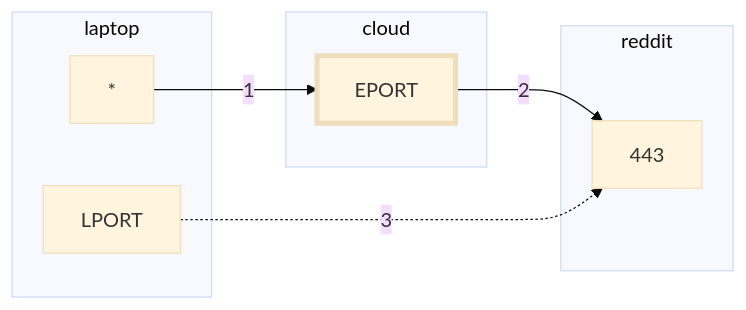
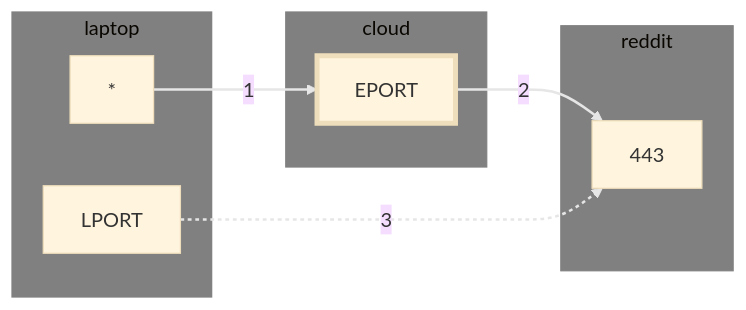
Before and after one commit to zbo14/zbo14.github.io: the diagram in _posts/2019-10-11-SOCKS-proxying.md, drawn with Mermaid (base theme). The commit also changed other lines of this file and 2 other files, not shown here.

Commit message:
update resume, make diagrams look better

```diff
--- a/_posts/2019-10-11-SOCKS-proxying.md
+++ b/_posts/2019-10-11-SOCKS-proxying.md
@@ -66,15 +66,20 @@
 <div class="mermaid">
   graph LR
 		subgraph reddit
 		443
 		end
 		subgraph cloud
 		EPORT
 		style EPORT stroke-width:4px
 		EPORT-->|2|443
 		end
     subgraph laptop
     * -->|1|EPORT
     LPORT-. 3 .-> 443
+    style reddit fill:gray,stroke:gray
+    style cloud fill:gray,stroke:gray
+    style laptop fill:gray,stroke:gray
+    linkStyle default stroke-width:2px,fill:none,stroke:#e6e6e6
+    linkStyle 2 stroke-width:2px,fill:none,stroke:#e6e6e6,stroke-dasharray:3
     end
 </div>
```
